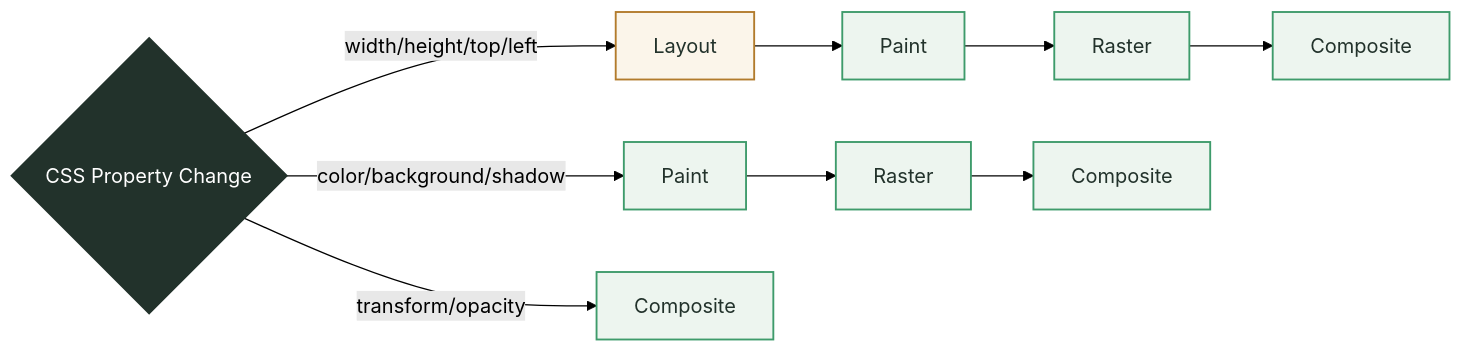
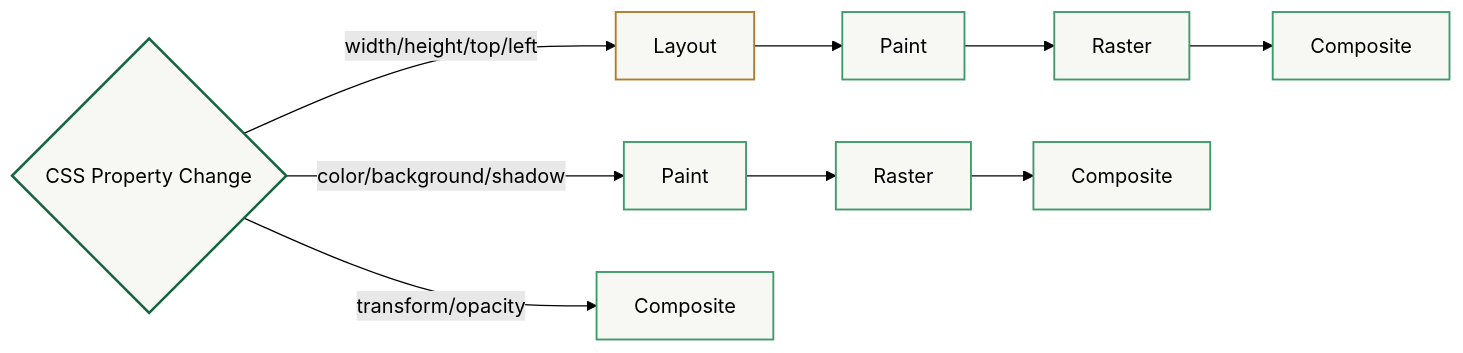
Before and after one commit to Fatejian/frontier-vault: the second of 2 diagrams in docs/en/performance/rendering-pitfalls.md, drawn with Mermaid (forest theme). The commit also changed other lines of this file and 65 other files, not shown here.

First line of the commit message:
fix(theme): unify mermaid chart palette and remove solid core fills

````diff
--- a/docs/en/performance/rendering-pitfalls.md
+++ b/docs/en/performance/rendering-pitfalls.md
@@ -113,23 +113,23 @@
 ```mermaid
 flowchart LR
     Change{"CSS Property Change"}
 
     Change -->|width/height/top/left| Layout[Layout]
     Change -->|color/background/shadow| Paint[Paint]
     Change -->|transform/opacity| Composite[Composite]
 
     Layout --> Paint2[Paint]
     Paint2 --> Raster[Raster]
     Raster --> Composite2[Composite]
 
     Paint --> Raster2[Raster]
     Raster2 --> Composite3[Composite]
 
-    classDef core fill:#22322B,color:#fff,stroke:#22322B,stroke-width:2px;
-    classDef block fill:#FBF5EA,stroke:#B27B2C,color:#22322B,stroke-width:1.5px;
-    classDef work fill:#EDF5EF,stroke:#3E9B6B,color:#22322B,stroke-width:1.5px;
+    classDef core fill:#F7F7F3,stroke:#176540,stroke-width:2px;
+    classDef block fill:#F7F7F3,stroke:#B27B2C,stroke-width:1.5px;
+    classDef work fill:#F7F7F3,stroke:#3E9B6B,stroke-width:1.5px;
 
     class Change core;
     class Layout block;
     class Paint,Paint2,Raster,Raster2,Composite,Composite2,Composite3 work;
 ```
````
